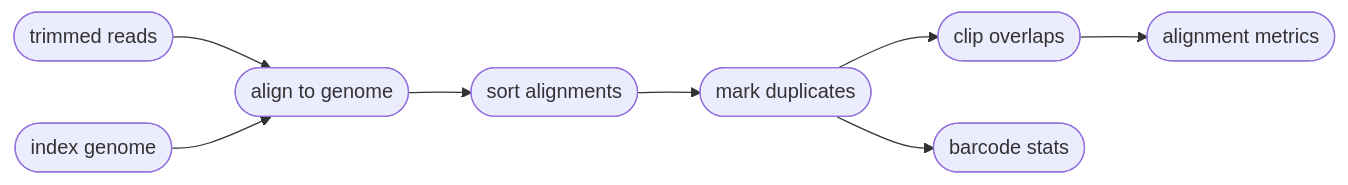
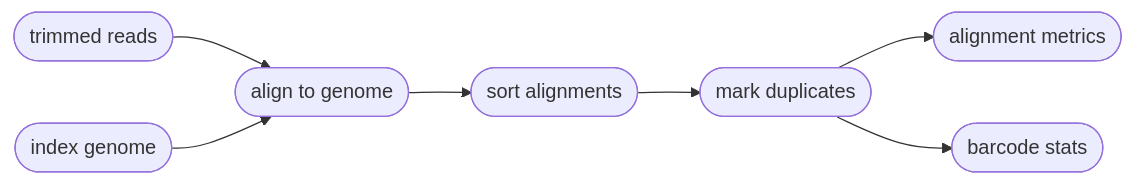
One commit to pdimens/harpy changed the first of 2 diagrams in Modules/align.md. Above: the diagram before and after it, drawn with Mermaid. The commit also changed other lines of this file and 2 other files, not shown here.

````diff
--- a/Modules/align.md
+++ b/Modules/align.md
@@ -81,10 +81,9 @@
 ```mermaid
 graph LR
     Z([trimmed reads]) --> B
     A([index genome]) --> B([align to genome])
     B-->C([sort alignments])
     C-->D([mark duplicates])
-    D-->E([clip overlaps])
-    E-->F([alignment metrics])
+    D-->F([alignment metrics])
     D-->G([barcode stats])
 ```
````
